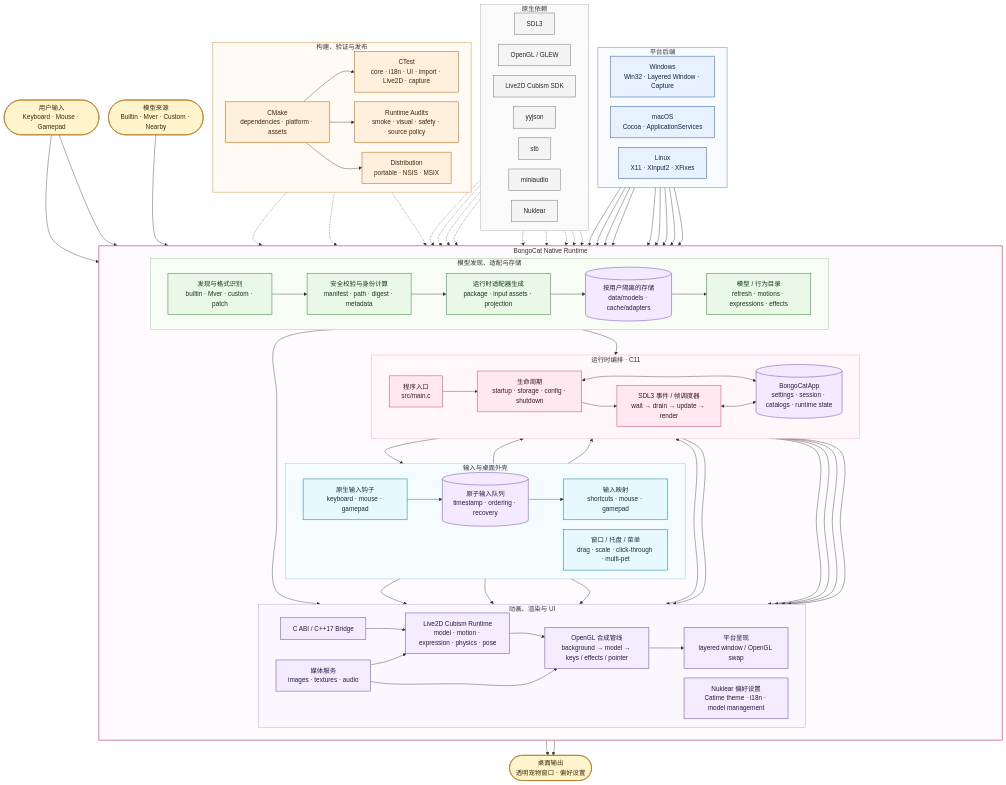
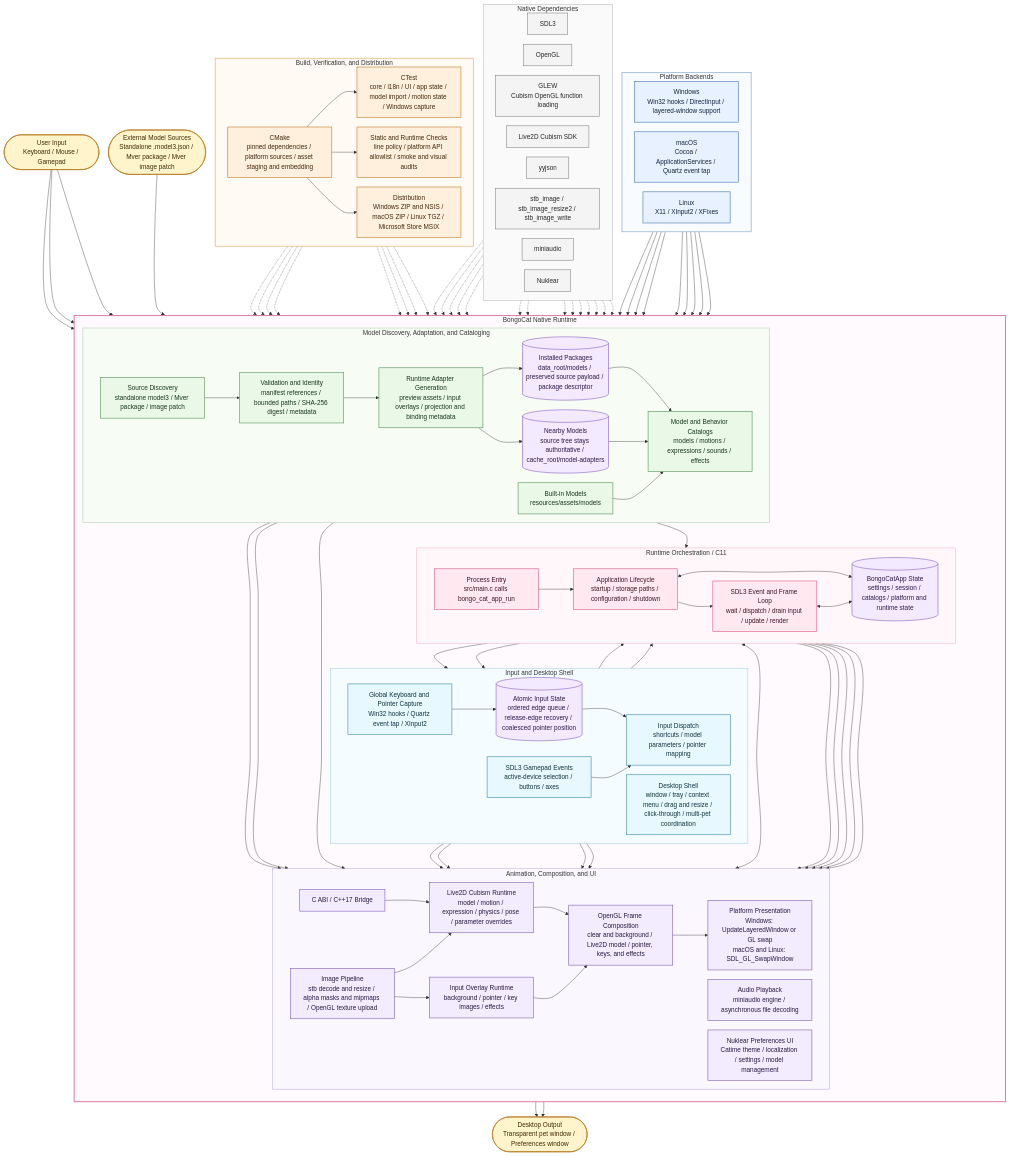
Before and after one commit to himyjan/BongoCat: the diagram in README.md, drawn with Mermaid.

Commit message:
feat(docs): refine native architecture diagram

````diff
--- a/README.md
+++ b/README.md
@@ -58,69 +58,80 @@
 ```mermaid
 %%{init: {"flowchart": {"curve": "catmullRom", "htmlLabels": true, "nodeSpacing": 24, "rankSpacing": 38}}}%%
 flowchart TB
-  User(["用户输入<br/>Keyboard · Mouse · Gamepad"])
-  ModelSources(["模型来源<br/>Builtin · Mver · Custom · Nearby"])
-  Desktop(["桌面输出<br/>透明宠物窗口 · 偏好设置"])
+  User(["User Input<br/>Keyboard / Mouse / Gamepad"])
+  ModelSources(["External Model Sources<br/>Standalone .model3.json / Mver package / Mver image patch"])
+  Desktop(["Desktop Output<br/>Transparent pet window / Preferences window"])
 
-  subgraph Platform["平台后端"]
+  subgraph Platform["Platform Backends"]
     direction LR
-    Win["Windows<br/>Win32 · Layered Window · Capture"]
-    Mac["macOS<br/>Cocoa · ApplicationServices"]
-    Linux["Linux<br/>X11 · XInput2 · XFixes"]
+    Win["Windows<br/>Win32 hooks / DirectInput / layered-window support"]
+    Mac["macOS<br/>Cocoa / ApplicationServices / Quartz event tap"]
+    Linux["Linux<br/>X11 / XInput2 / XFixes"]
   end
 
   subgraph Native["BongoCat Native Runtime"]
     direction TB
 
-    subgraph Orchestration["运行时编排 · C11"]
+    subgraph Orchestration["Runtime Orchestration / C11"]
       direction LR
-      Entry["程序入口<br/>src/main.c"]
-      Lifecycle["生命周期<br/>startup · storage · config · shutdown"]
-      EventLoop["SDL3 事件 / 帧调度器<br/>wait → drain → update → render"]
-      AppState[("BongoCatApp<br/>settings · session · catalogs · runtime state")]
+      Entry["Process Entry<br/>src/main.c calls bongo_cat_app_run"]
+      Lifecycle["Application Lifecycle<br/>startup / storage paths / configuration / shutdown"]
+      EventLoop["SDL3 Event and Frame Loop<br/>wait / dispatch / drain input / update / render"]
+      AppState[("BongoCatApp State<br/>settings / session / catalogs / platform and runtime state")]
 
       Entry --> Lifecycle --> EventLoop
       Lifecycle <--> AppState
       EventLoop <--> AppState
     end
 
-    subgraph InputShell["输入与桌面外壳"]
+    subgraph InputShell["Input and Desktop Shell"]
       direction LR
-      NativeHooks["原生输入钩子<br/>keyboard · mouse · gamepad"]
-      InputQueue[("原子输入队列<br/>timestamp · ordering · recovery")]
-      InputMap["输入映射<br/>shortcuts · mouse · gamepad"]
-      Shell["窗口 / 托盘 / 菜单<br/>drag · scale · click-through · multi-pet"]
+      GlobalInput["Global Keyboard and Pointer Capture<br/>Win32 hooks / Quartz event tap / XInput2"]
+      InputQueue[("Atomic Input State<br/>ordered edge queue / release-edge recovery / coalesced pointer position")]
+      Gamepad["SDL3 Gamepad Events<br/>active-device selection / buttons / axes"]
+      InputMap["Input Dispatch<br/>shortcuts / model parameters / pointer mapping"]
+      Shell["Desktop Shell<br/>window / tray / context menu / drag and resize / click-through / multi-pet coordination"]
 
-      NativeHooks --> InputQueue --> InputMap
-      Shell --> EventLoop
+      GlobalInput --> InputQueue --> InputMap
+      Gamepad --> InputMap
+      EventLoop --> Shell
       EventLoop --> InputMap
       InputMap --> AppState
+      Shell --> AppState
     end
 
-    subgraph ModelPipeline["模型发现、适配与存储"]
+    subgraph ModelPipeline["Model Discovery, Adaptation, and Cataloging"]
       direction LR
-      Discover["发现与格式识别<br/>builtin · Mver · custom · patch"]
-      Validate["安全校验与身份计算<br/>manifest · path · digest · metadata"]
-      Adapt["运行时适配器生成<br/>package · input assets · projection"]
-      Store[("按用户隔离的存储<br/>data/models · cache/adapters")]
-      Catalog["模型 / 行为目录<br/>refresh · motions · expressions · effects"]
+      BuiltIn["Built-in Models<br/>resources/assets/models"]
+      Discover["Source Discovery<br/>standalone model3 / Mver package / image patch"]
+      Validate["Validation and Identity<br/>manifest references / bounded paths / SHA-256 digest / metadata"]
+      Adapt["Runtime Adapter Generation<br/>preview assets / input overlays / projection and binding metadata"]
+      Installed[("Installed Packages<br/>data_root/models / preserved source payload / package descriptor")]
+      Nearby[("Nearby Models<br/>source tree stays authoritative / cache_root/model-adapters")]
+      Catalog["Model and Behavior Catalogs<br/>models / motions / expressions / sounds / effects"]
 
-      Discover --> Validate --> Adapt --> Store --> Catalog
+      Discover --> Validate --> Adapt
+      Adapt --> Installed --> Catalog
+      Adapt --> Nearby --> Catalog
+      BuiltIn --> Catalog
       Catalog --> AppState
     end
 
-    subgraph Presentation["动画、渲染与 UI"]
+    subgraph Presentation["Animation, Composition, and UI"]
       direction LR
       Live2DBridge["C ABI / C++17 Bridge"]
-      Cubism["Live2D Cubism Runtime<br/>model · motion · expression · physics · pose"]
-      Media["媒体服务<br/>images · textures · audio"]
-      Composite["OpenGL 合成管线<br/>background → model → keys / effects / pointer"]
-      Preferences["Nuklear 偏好设置<br/>Catime theme · i18n · model management"]
-      Present["平台呈现<br/>layered window / OpenGL swap"]
+      Cubism["Live2D Cubism Runtime<br/>model / motion / expression / physics / pose / parameter overrides"]
+      Images["Image Pipeline<br/>stb decode and resize / alpha masks and mipmaps / OpenGL texture upload"]
+      Overlay["Input Overlay Runtime<br/>background / pointer / key images / effects"]
+      Audio["Audio Playback<br/>miniaudio engine / asynchronous file decoding"]
+      Composite["OpenGL Frame Composition<br/>clear and background / Live2D model / pointer, keys, and effects"]
+      Preferences["Nuklear Preferences UI<br/>Catime theme / localization / settings / model management"]
+      Present["Platform Presentation<br/>Windows: UpdateLayeredWindow or GL swap<br/>macOS and Linux: SDL_GL_SwapWindow"]
 
-      Live2DBridge --> Cubism --> Composite --> Present
-      Media --> Cubism
-      Media --> Composite
+      Live2DBridge --> Cubism
+      Cubism --> Composite --> Present
+      Images --> Cubism
+      Images --> Overlay --> Composite
       AppState <--> Preferences
     end
 
@@ -130,41 +141,46 @@
     AppState --> Live2DBridge
     AppState --> Composite
     InputMap --> Live2DBridge
-    InputMap --> Composite
+    InputMap --> Overlay
+    InputMap --> Audio
     Catalog --> Live2DBridge
+    Catalog --> Overlay
+    Catalog --> Audio
     Shell --> Preferences
   end
 
-  subgraph Dependencies["原生依赖"]
+  subgraph Dependencies["Native Dependencies"]
     direction LR
     SDL["SDL3"]
-    OpenGL["OpenGL / GLEW"]
+    OpenGL["OpenGL"]
+    GLEW["GLEW<br/>Cubism OpenGL function loading"]
     CubismSDK["Live2D Cubism SDK"]
     YYJSON["yyjson"]
-    STB["stb"]
+    STB["stb_image / stb_image_resize2 / stb_image_write"]
     Miniaudio["miniaudio"]
     Nuklear["Nuklear"]
   end
 
-  subgraph Toolchain["构建、验证与发布"]
+  subgraph Toolchain["Build, Verification, and Distribution"]
     direction LR
-    CMake["CMake<br/>dependencies · platform · assets"]
-    CTest["CTest<br/>core · i18n · UI · import · Live2D · capture"]
-    Audits["Runtime Audits<br/>smoke · visual · safety · source policy"]
-    Packaging["Distribution<br/>portable · NSIS · MSIX"]
+    CMake["CMake<br/>pinned dependencies / platform sources / asset staging and embedding"]
+    CTest["CTest<br/>core / i18n / UI / app state / model import / motion state / Windows capture"]
+    Audits["Static and Runtime Checks<br/>line policy / platform API allowlist / smoke and visual audits"]
+    Packaging["Distribution<br/>Windows ZIP and NSIS / macOS ZIP / Linux TGZ / Microsoft Store MSIX"]
 
     CMake --> CTest
     CMake --> Audits
     CMake --> Packaging
   end
 
-  User --> NativeHooks
+  User --> GlobalInput
+  User --> Gamepad
   User --> Shell
   ModelSources --> Discover
 
-  Win --> NativeHooks
-  Mac --> NativeHooks
-  Linux --> NativeHooks
+  Win --> GlobalInput
+  Mac --> GlobalInput
+  Linux --> GlobalInput
   Win --> Shell
   Mac --> Shell
   Linux --> Shell
@@ -176,17 +192,27 @@
   Preferences --> Desktop
 
   SDL -.-> EventLoop
+  SDL -.-> Gamepad
   SDL -.-> Shell
+  SDL -.-> Present
+  OpenGL -.-> Cubism
   OpenGL -.-> Composite
+  OpenGL -.-> Preferences
+  GLEW -.-> Cubism
   CubismSDK -.-> Cubism
   YYJSON -.-> Lifecycle
   YYJSON -.-> Validate
-  STB -.-> Media
-  Miniaudio -.-> Media
+  STB -.-> Images
+  Miniaudio -.-> Audio
   Nuklear -.-> Preferences
 
   CMake -.-> Entry
-  CTest -.-> EventLoop
+  CTest -.-> AppState
+  CTest -.-> Preferences
+  CTest -.-> Live2DBridge
+  CTest -.-> Present
+  Audits -.-> EventLoop
+  Audits -.-> GlobalInput
   Audits -.-> Composite
 
   classDef external fill:#fff4cc,stroke:#b7791f,color:#3d2b00,stroke-width:1.5px
@@ -202,11 +228,11 @@
   class User,ModelSources,Desktop external
   class Win,Mac,Linux platform
   class Entry,Lifecycle,EventLoop runtime
-  class AppState,InputQueue,Store state
-  class NativeHooks,InputMap,Shell input
-  class Discover,Validate,Adapt,Catalog model
-  class Live2DBridge,Cubism,Media,Composite,Preferences,Present render
-  class SDL,OpenGL,CubismSDK,YYJSON,STB,Miniaudio,Nuklear dependency
+  class AppState,InputQueue,Installed,Nearby state
+  class GlobalInput,Gamepad,InputMap,Shell input
+  class BuiltIn,Discover,Validate,Adapt,Catalog model
+  class Live2DBridge,Cubism,Images,Overlay,Audio,Composite,Preferences,Present render
+  class SDL,OpenGL,GLEW,CubismSDK,YYJSON,STB,Miniaudio,Nuklear dependency
   class CMake,CTest,Audits,Packaging tooling
 
   style Native fill:#fffafd,stroke:#d95f8d,stroke-width:2px
````
